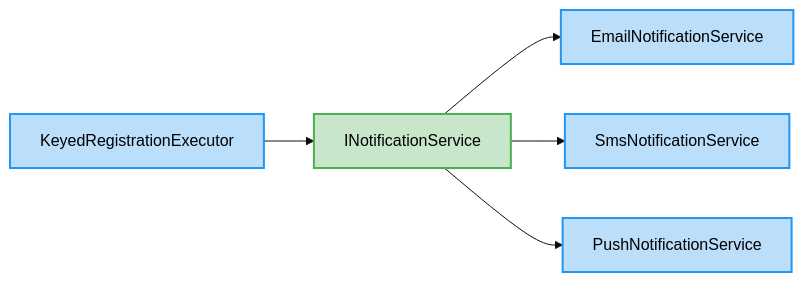
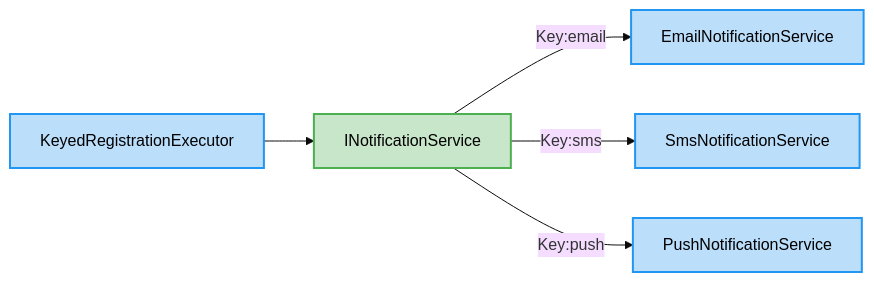
The diagram in examples/Qudi.Example.Readme/exported/KeyedRegistrationExecutor.md (arika0093/Qudi), drawn with Mermaid (base theme) before and after one commit. The commit also changed 6 other files, not shown here.

````diff
--- a/examples/Qudi.Example.Readme/exported/KeyedRegistrationExecutor.md
+++ b/examples/Qudi.Example.Readme/exported/KeyedRegistrationExecutor.md
@@ -1,20 +1,20 @@
 ```mermaid
 flowchart LR
     Qudi_Examples_KeyedRegistration_KeyedRegistrationExecutor["KeyedRegistrationExecutor"]
     Qudi_Examples_KeyedRegistration_INotificationService["INotificationService"]
     Qudi_Examples_KeyedRegistration_EmailNotificationService["EmailNotificationService"]
     Qudi_Examples_KeyedRegistration_SmsNotificationService["SmsNotificationService"]
     Qudi_Examples_KeyedRegistration_PushNotificationService["PushNotificationService"]
     Qudi_Examples_KeyedRegistration_KeyedRegistrationExecutor --> Qudi_Examples_KeyedRegistration_INotificationService
-    Qudi_Examples_KeyedRegistration_INotificationService --> Qudi_Examples_KeyedRegistration_EmailNotificationService
-    Qudi_Examples_KeyedRegistration_INotificationService --> Qudi_Examples_KeyedRegistration_SmsNotificationService
-    Qudi_Examples_KeyedRegistration_INotificationService --> Qudi_Examples_KeyedRegistration_PushNotificationService
+    Qudi_Examples_KeyedRegistration_INotificationService -->|Key:email| Qudi_Examples_KeyedRegistration_EmailNotificationService
+    Qudi_Examples_KeyedRegistration_INotificationService -->|Key:sms| Qudi_Examples_KeyedRegistration_SmsNotificationService
+    Qudi_Examples_KeyedRegistration_INotificationService -->|Key:push| Qudi_Examples_KeyedRegistration_PushNotificationService
     classDef interface fill:#c8e6c9,stroke:#4caf50,stroke-width:2px,color:#000;
     class Qudi_Examples_KeyedRegistration_INotificationService interface;
     classDef cls fill:#bbdefb,stroke:#2196f3,stroke-width:2px,color:#000;
     class Qudi_Examples_KeyedRegistration_KeyedRegistrationExecutor cls;
     class Qudi_Examples_KeyedRegistration_EmailNotificationService cls;
     class Qudi_Examples_KeyedRegistration_SmsNotificationService cls;
     class Qudi_Examples_KeyedRegistration_PushNotificationService cls;
 
 ```
````
